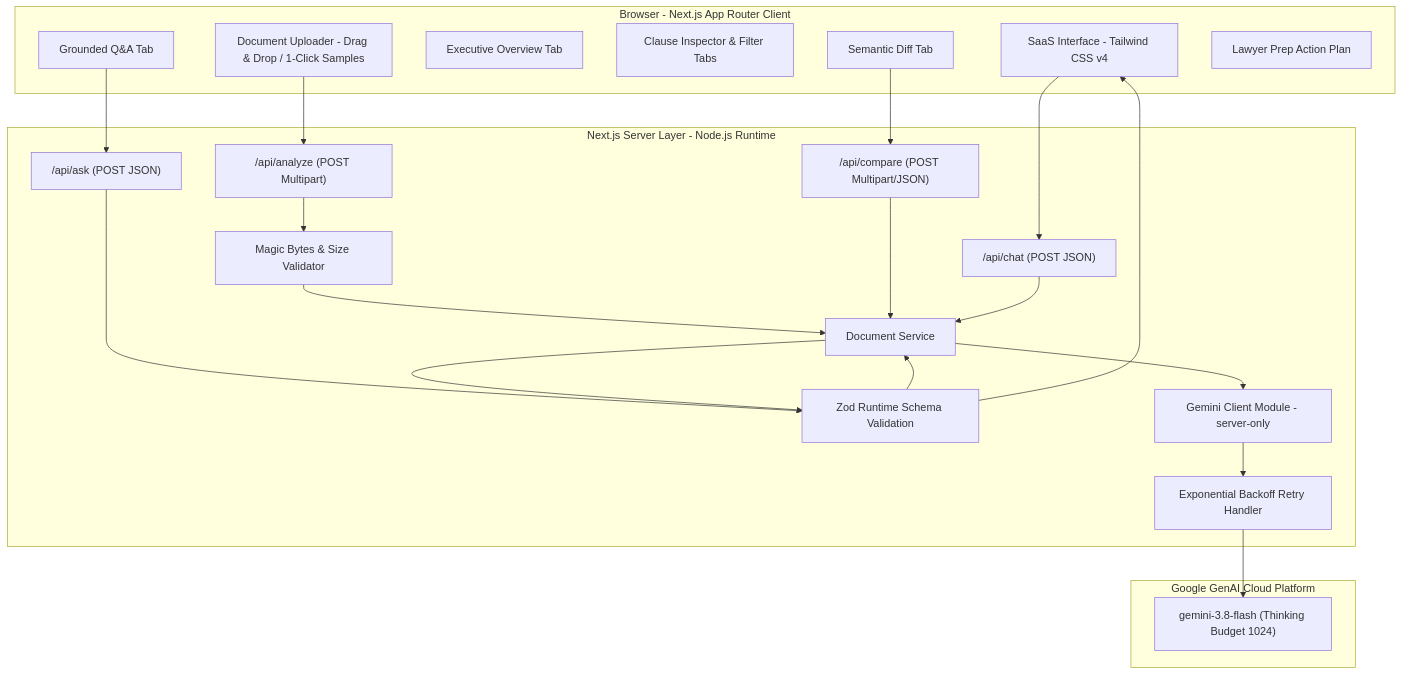
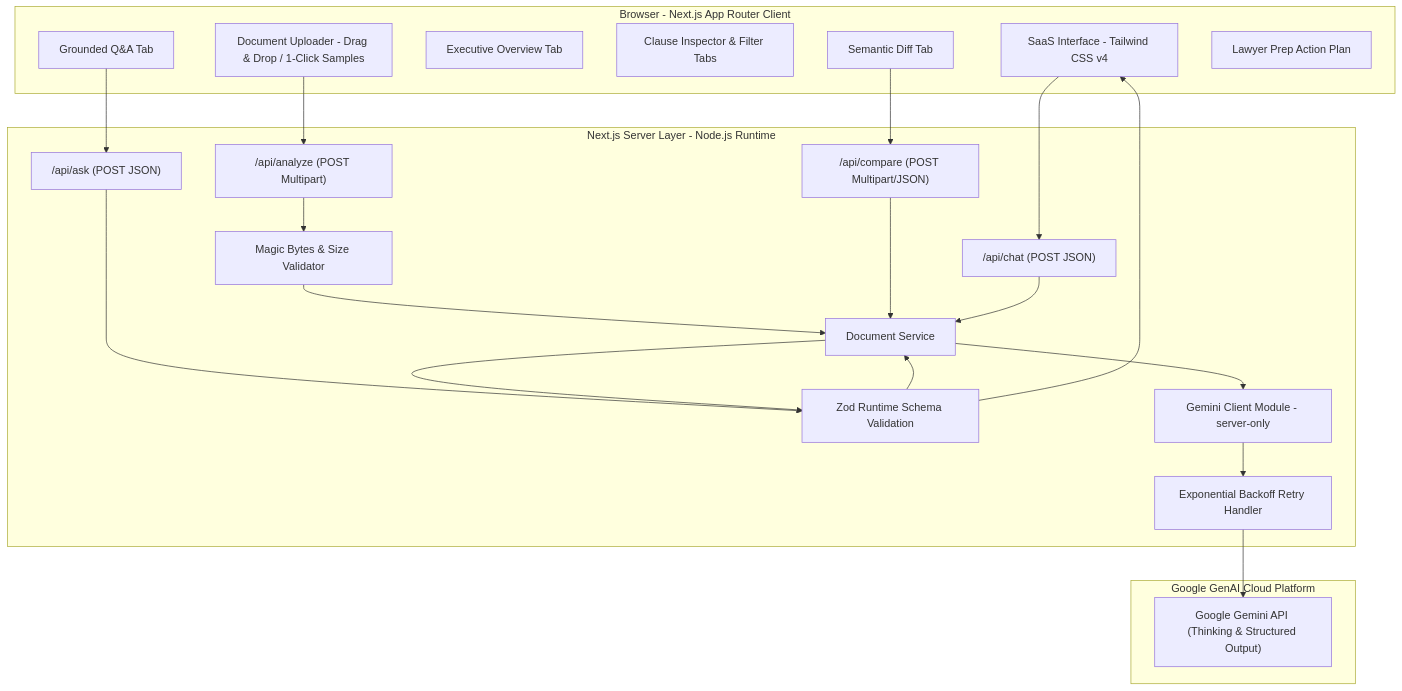
One commit to SayanModakDev/clausewise-ai changed the diagram in README.md. Above: the diagram before and after it, drawn with Mermaid. The commit also changed other lines of this file, not shown here.

Commit message:
docs: use generic Gemini branding in README

````diff
--- a/README.md
+++ b/README.md
@@ -126,43 +126,43 @@
 ```mermaid
 flowchart TD
     subgraph Client [Browser - Next.js App Router Client]
         UI[SaaS Interface - Tailwind CSS v4]
         Upload[Document Uploader - Drag & Drop / 1-Click Samples]
         Overview[Executive Overview Tab]
         Clauses[Clause Inspector & Filter Tabs]
         Ask[Grounded Q&A Tab]
         Compare[Semantic Diff Tab]
         ActionPlan[Lawyer Prep Action Plan]
     end
 
     subgraph Server [Next.js Server Layer - Node.js Runtime]
         API_Analyze["/api/analyze (POST Multipart)"]
         API_Ask["/api/ask (POST JSON)"]
         API_Compare["/api/compare (POST Multipart/JSON)"]
         API_Chat["/api/chat (POST JSON)"]
 
         DocService[Document Service]
         MagicBytes[Magic Bytes & Size Validator]
         ZodValidator[Zod Runtime Schema Validation]
         GeminiClient[Gemini Client Module - server-only]
         RetryHandler[Exponential Backoff Retry Handler]
     end
 
     subgraph GeminiService [Google GenAI Cloud Platform]
-        Gemini38["gemini-3.8-flash (Thinking Budget 1024)"]
+        GeminiNode["Google Gemini API (Thinking & Structured Output)"]
     end
 
     Upload --> API_Analyze
     Ask --> API_Ask
     Compare --> API_Compare
     UI --> API_Chat
 
     API_Analyze --> MagicBytes --> DocService
     API_Ask --> ZodValidator --> DocService
     API_Compare --> DocService
     API_Chat --> DocService
 
-    DocService --> GeminiClient --> RetryHandler --> Gemini38
+    DocService --> GeminiClient --> RetryHandler --> GeminiNode
 
     DocService --> ZodValidator --> UI
 ```
````
